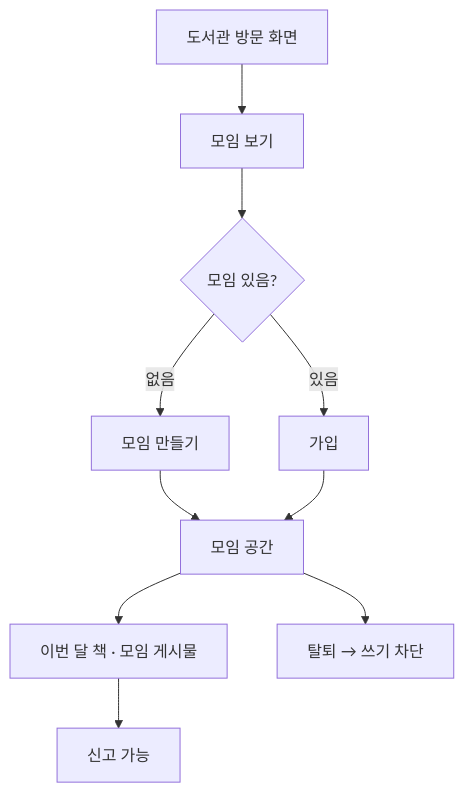
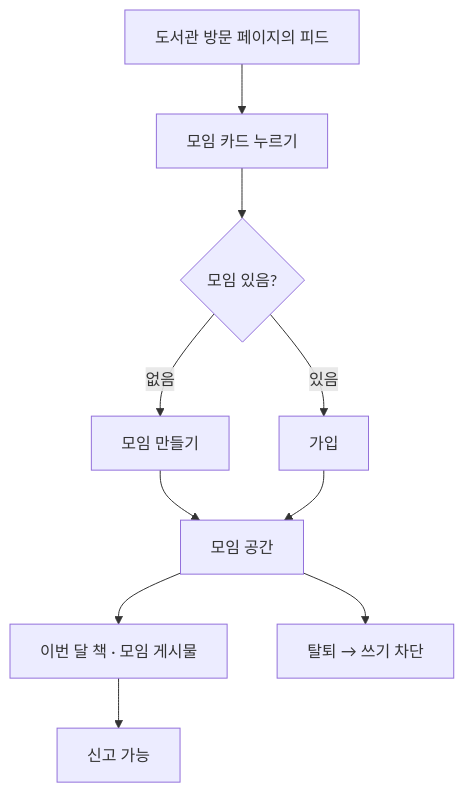
One commit to axteamc/localone changed the sixth of 7 diagrams in 개발산출물/유저_플로우.md. Above: the diagram before and after it, drawn with Mermaid. The commit also changed other lines of this file and 9 other files, not shown here.

````diff
--- a/개발산출물/유저_플로우.md
+++ b/개발산출물/유저_플로우.md
@@ -111,12 +112,12 @@
 ```mermaid
 flowchart TD
-  A[도서관 방문 화면] --> B[모임 보기]
+  A[도서관 방문 페이지의 피드] --> B[모임 카드 누르기]
   B --> C{모임 있음?}
   C -- 없음 --> D[모임 만들기]
   C -- 있음 --> E[가입]
   D --> F[모임 공간]
   E --> F
   F --> G[이번 달 책 · 모임 게시물]
   F --> H[탈퇴 → 쓰기 차단]
   G --> I[신고 가능]
 ```
````
